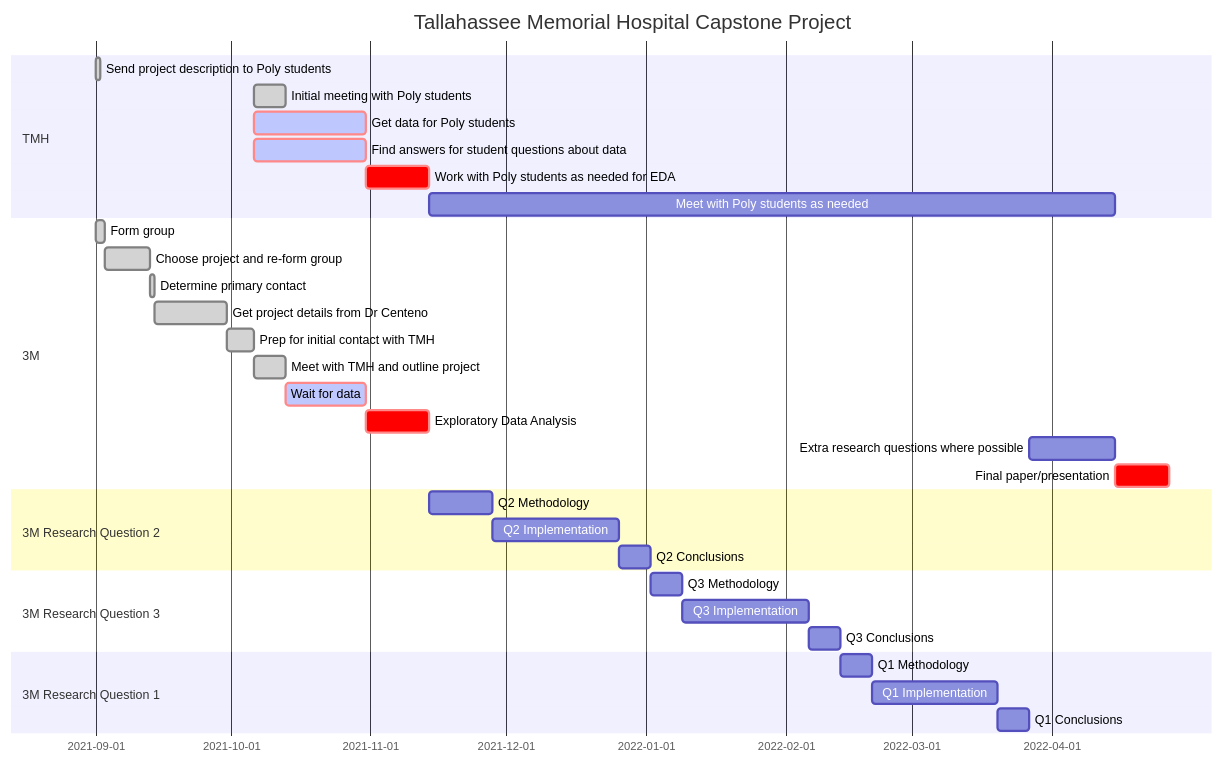
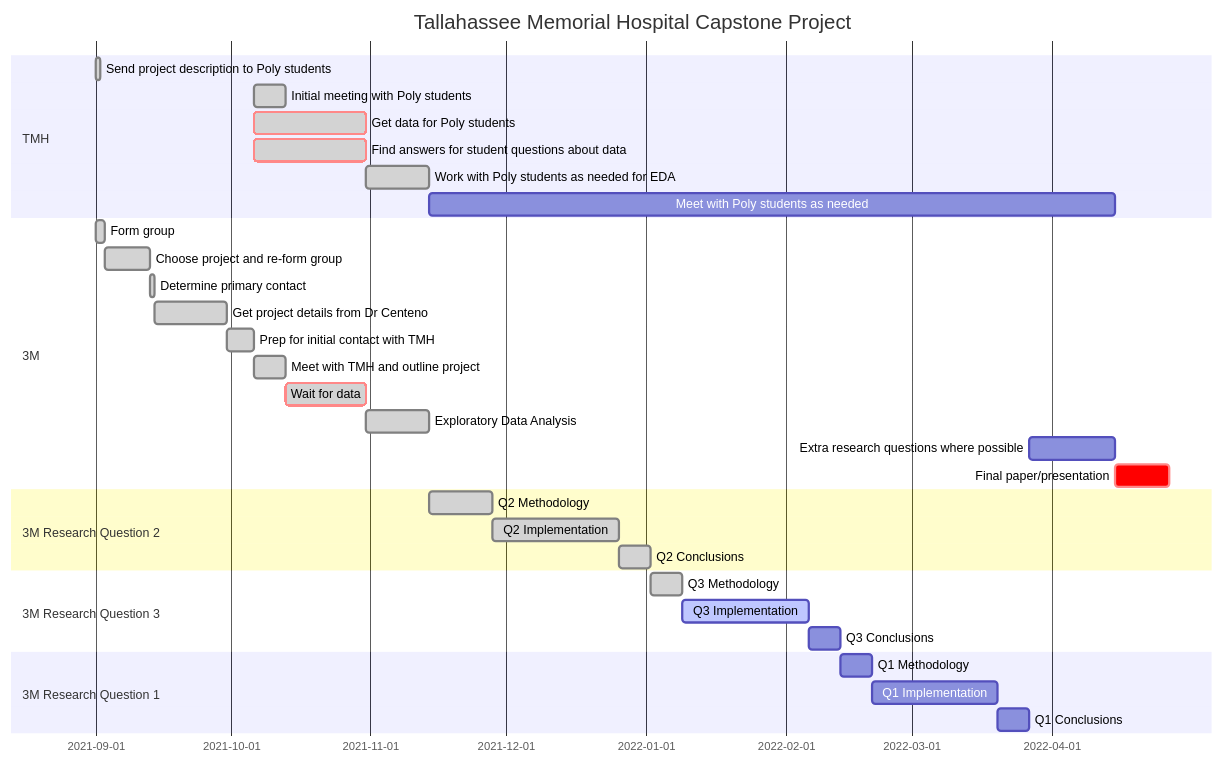
Before and after one commit to guslipkin/Spring2022: the second of 2 diagrams in IDC 4943 ~ Capstone/IDC 4942 ~ Capstone/FA2021 Midterm Gantt and WBS.md, drawn with Mermaid. The commit also changed other lines of this file and 18 other files, not shown here.

````diff
--- a/IDC 4943 ~ Capstone/IDC 4942 ~ Capstone/FA2021 Midterm Gantt and WBS.md
+++ b/IDC 4943 ~ Capstone/IDC 4942 ~ Capstone/FA2021 Midterm Gantt and WBS.md
@@ -31,37 +33,37 @@
 ```mermaid
 gantt
 dateFormat YYYY-MM-DD
 
 title Tallahassee Memorial Hospital Capstone Project
 
 section TMH
 				Send project description to Poly students :done, tmh1, 2021-09-01, 1d
 				Initial meeting with Poly students				:done, tmh2, 2021-10-06, 2021-10-13
-        Get data for Poly students								:active, crit, tmh3, 2021-10-06, 2021-10-31
-        Find answers for student questions about data :active, crit, tmh4, 2021-10-06, 2021-10-31
-        Work with Poly students as needed for EDA	:crit, tmh5, after p7, 2w
+        Get data for Poly students								:done, crit, tmh3, 2021-10-06, 2021-10-31
+        Find answers for student questions about data :done, crit, tmh4, 2021-10-06, 2021-10-31
+        Work with Poly students as needed for EDA	:done, tmh5, after p7, 2w
         Meet with Poly students as needed					: tmh6, after tmh5, 2022-04-15
 section 3M
         Form group            										:done, p1, 2021-09-01, 2021-09-03
         Choose project and re-form group					:done, p2, 2021-09-03, 2021-09-13
         Determine primary contact									:done, p3, 2021-09-13, 2021-09-14
         Get project details from Dr Centeno				:done, p4, 2021-09-14, 2021-09-30
         Prep for initial contact with TMH					:done, p5, 2021-09-30, 2021-10-06
         Meet with TMH and outline project					:done, p6, 2021-10-06, 2021-10-13
-        Wait for data															:active, crit, p7, 2021-10-13, 2021-10-31
-        Exploratory Data Analysis									:crit,	p8, after p7, 2w
+        Wait for data															:done, crit, p7, 2021-10-13, 2021-10-31
+        Exploratory Data Analysis									:done,	p8, after p7, 2w
         Extra research questions where possible		: p9, after q13, 2022-04-15
         Final paper/presentation									:crit, after p9, 2022-04-27
 section 3M Research Question 2
-				Q2 Methodology														: q21, after p8, 2w
-				Q2 Implementation													: q22, after q21, 4w
-				Q2 Conclusions														: q23, after q22, 1w
+				Q2 Methodology														:done, q21, after p8, 2w
+				Q2 Implementation													:done, q22, after q21, 4w
+				Q2 Conclusions														:done, q23, after q22, 1w
 section 3M Research Question 3
-				Q3 Methodology														: q31, after q23, 1w
-				Q3 Implementation													: q32, after q31, 4w
+				Q3 Methodology														:done, q31, after q23, 1w
+				Q3 Implementation													:active, q32, after q31, 4w
 				Q3 Conclusions														: q33, after q32, 1w
 section 3M Research Question 1
 				Q1 Methodology														: q11, after q33, 1w
 				Q1 Implementation													: q12, after q11, 4w
 				Q1 Conclusions														: q13, after q12, 1w
 ```
````
